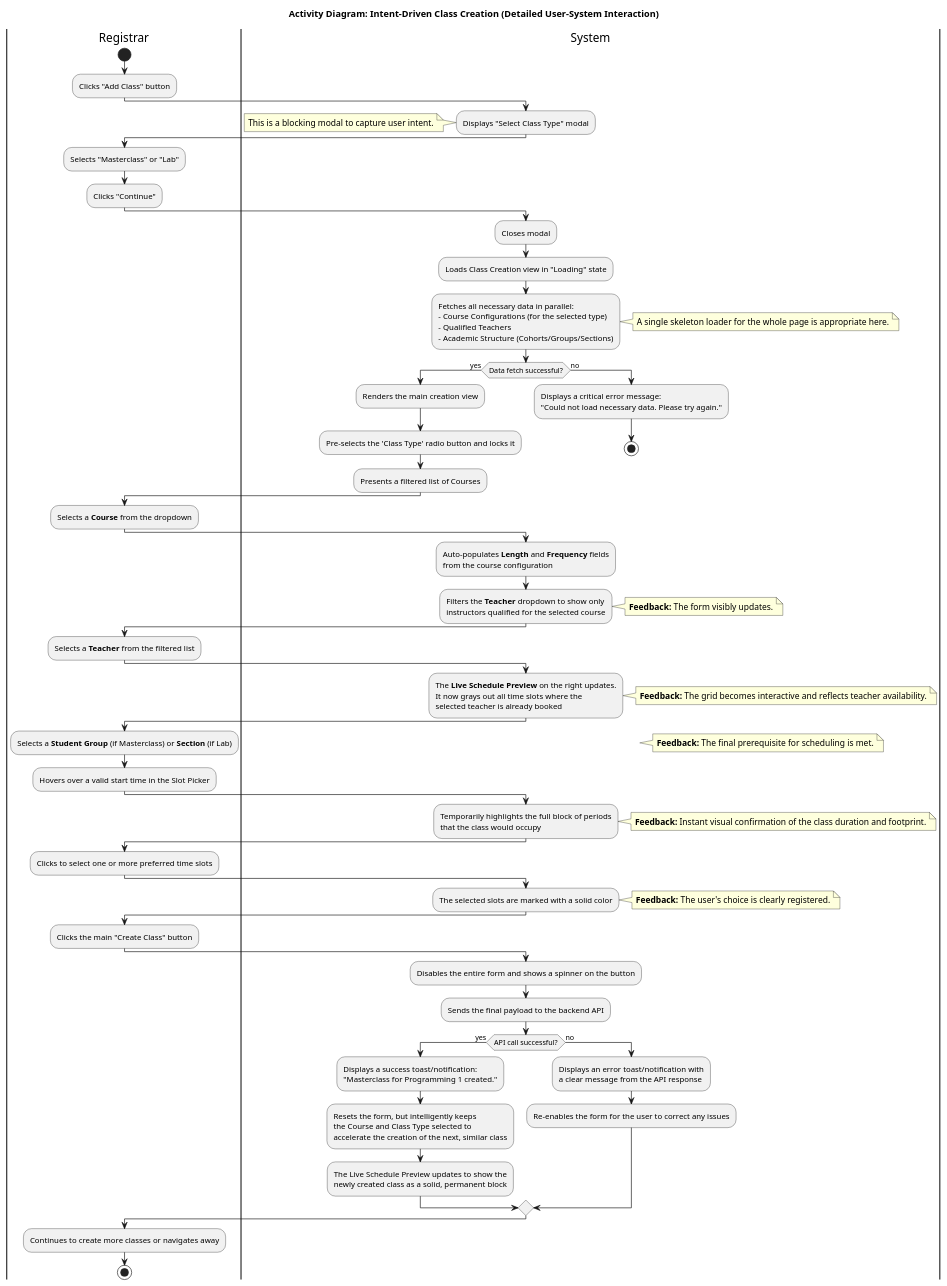
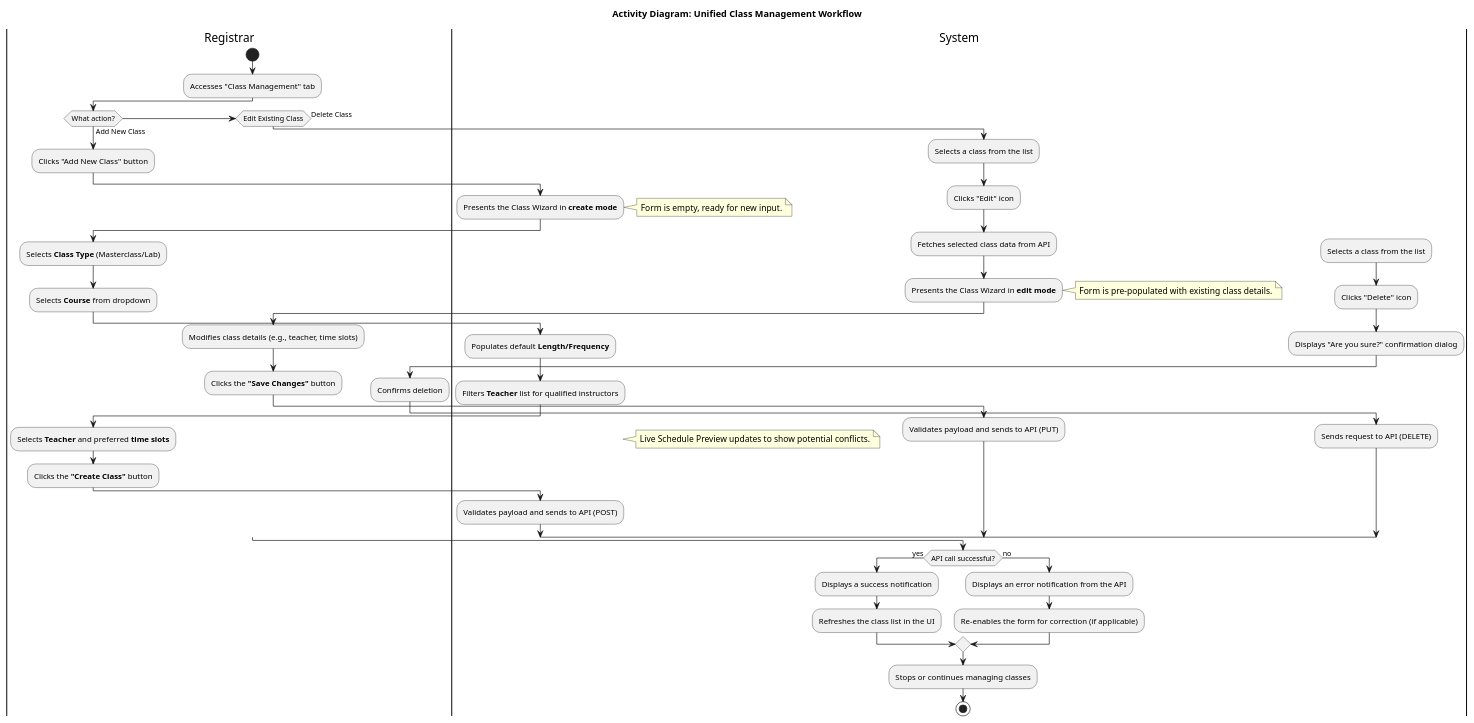
The diagram in resources/activity-diagram/scenarios/class-creation.puml (zrock-dev-backup/kawsay), drawn with PlantUML before and after one commit.

Commit message:
chore(workflows): update class creation

```diff
--- a/resources/activity-diagram/scenarios/class-creation.puml
+++ b/resources/activity-diagram/scenarios/class-creation.puml
@@ -1,96 +1,78 @@
 @startuml
-
-title Activity Diagram: Intent-Driven Class Creation (Detailed User-System Interaction)
+title Activity Diagram: Unified Class Management Workflow
 
 |Registrar|
 start
-:Clicks "Add Class" button;
+:Accesses "Class Management" tab;
 
-|System|
-:Displays "Select Class Type" modal;
-note left: This is a blocking modal to capture user intent.
+if (What action?) then (Add New Class)
+    :Clicks "Add New Class" button;
+    
+    |System|
+    :Presents the Class Wizard in **create mode**;
+    note right: Form is empty, ready for new input.
+    
+    |Registrar|
+    :Selects **Class Type** (Masterclass/Lab);
+    :Selects **Course** from dropdown;
+    
+    |System|
+    :Populates default **Length/Frequency**;
+    :Filters **Teacher** list for qualified instructors;
+    
+    |Registrar|
+    :Selects **Teacher** and preferred **time slots**;
+    
+    |System|
+    note right: Live Schedule Preview updates to show potential conflicts.
+    
+    |Registrar|
+    :Clicks the **"Create Class"** button;
+    
+    |System|
+    :Validates payload and sends to API (POST);
 
-|Registrar|
-:Selects "Masterclass" or "Lab";
-:Clicks "Continue";
+elseif (Edit Existing Class) then
+    :Selects a class from the list;
+    :Clicks "Edit" icon;
+    
+    |System|
+    :Fetches selected class data from API;
+    :Presents the Class Wizard in **edit mode**;
+    note right: Form is pre-populated with existing class details.
+    
+    |Registrar|
+    :Modifies class details (e.g., teacher, time slots);
+    :Clicks the **"Save Changes"** button;
+    
+    |System|
+    :Validates payload and sends to API (PUT);
 
-|System|
-:Closes modal;
-:Loads Class Creation view in "Loading" state;
-:Fetches all necessary data in parallel:
-- Course Configurations (for the selected type)
-- Qualified Teachers
-- Academic Structure (Cohorts/Groups/Sections);
-note right: A single skeleton loader for the whole page is appropriate here.
-
-if (Data fetch successful?) then (yes)
-  |System|
-  :Renders the main creation view;
-  :Pre-selects the 'Class Type' radio button and locks it;
-  :Presents a filtered list of Courses;
-else (no)
-  |System|
-  :Displays a critical error message:
-  "Could not load necessary data. Please try again.";
-  stop
+else (Delete Class)
+    :Selects a class from the list;
+    :Clicks "Delete" icon;
+    
+    |System|
+    :Displays "Are you sure?" confirmation dialog;
+    
+    |Registrar|
+    :Confirms deletion;
+    
+    |System|
+    :Sends request to API (DELETE);
 endif
 
-' --- Main Interaction Loop ---
-|Registrar|
-:Selects a **Course** from the dropdown;
-|System|
-:Auto-populates **Length** and **Frequency** fields
-from the course configuration;
-:Filters the **Teacher** dropdown to show only
-instructors qualified for the selected course;
-note right: **Feedback:** The form visibly updates.
-|Registrar|
-:Selects a **Teacher** from the filtered list;
-|System|
-:The **Live Schedule Preview** on the right updates.
-It now grays out all time slots where the
-selected teacher is already booked;
-note right: **Feedback:** The grid becomes interactive and reflects teacher availability.
-|Registrar|
-:Selects a **Student Group** (if Masterclass) or **Section** (if Lab);
-|System|
-' (Future Enhancement)
-' :The Live Schedule could potentially show
-' a "student clash hint" if many students in
-' the selected group are already booked.
-note right: **Feedback:** The final prerequisite for scheduling is met.
-|Registrar|
-:Hovers over a valid start time in the Slot Picker;
-|System|
-:Temporarily highlights the full block of periods
-that the class would occupy;
-note right: **Feedback:** Instant visual confirmation of the class duration and footprint.
-|Registrar|
-:Clicks to select one or more preferred time slots;
-|System|
-:The selected slots are marked with a solid color;
-note right: **Feedback:** The user's choice is clearly registered.
-|Registrar|
-:Clicks the main "Create Class" button;
-|System|
-:Disables the entire form and shows a spinner on the button;
-:Sends the final payload to the backend API;
 if (API call successful?) then (yes)
-  |System|
-  :Displays a success toast/notification:
-  "Masterclass for Programming 1 created.";
-  :Resets the form, but intelligently keeps
-  the Course and Class Type selected to
-  accelerate the creation of the next, similar class;
-  :The Live Schedule Preview updates to show the
-  newly created class as a solid, permanent block;
+    |System|
+    :Displays a success notification;
+    :Refreshes the class list in the UI;
 else (no)
-  |System|
-  :Displays an error toast/notification with
-  a clear message from the API response;
-  :Re-enables the form for the user to correct any issues;
+    |System|
+    :Displays an error notification from the API;
+    :Re-enables the form for correction (if applicable);
 endif
-|Registrar|
-:Continues to create more classes or navigates away;
+
+:Stops or continues managing classes;
 stop
+
 @enduml
```
